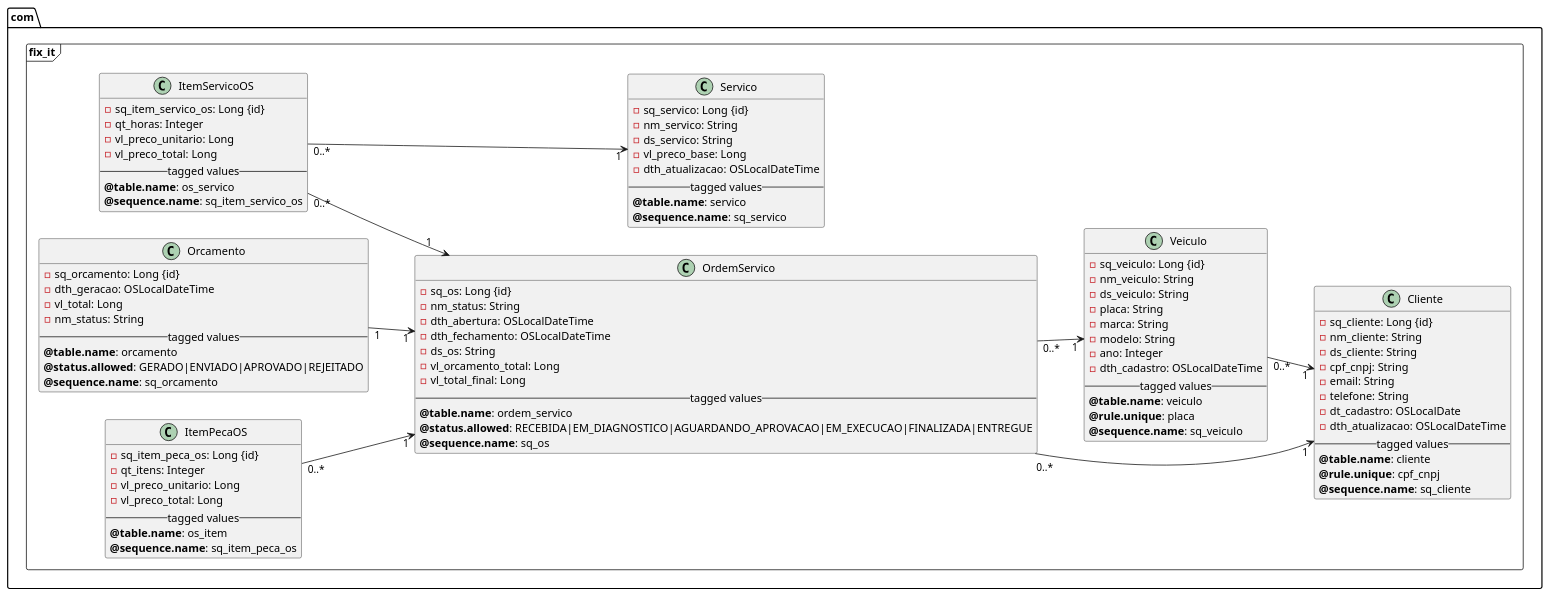
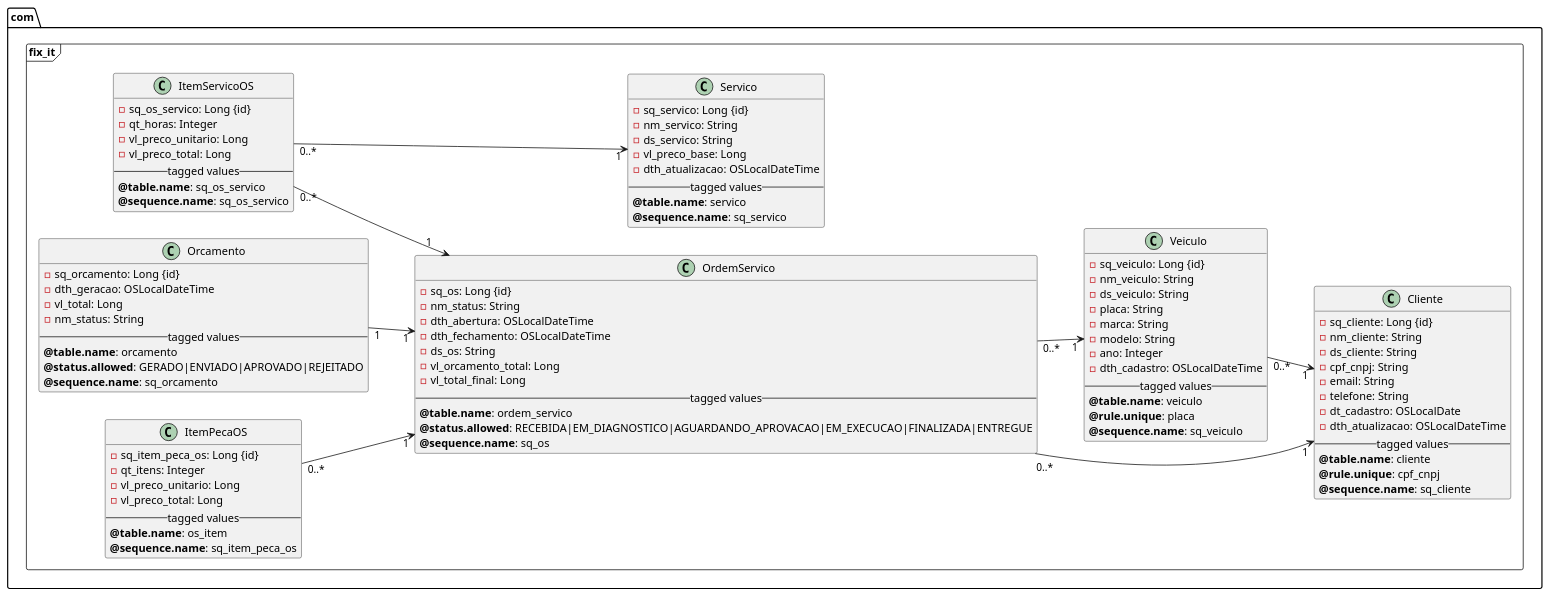
Before and after one commit to arch-software-fiap/fixit-backend: the diagram in docs/architecture/diagrams/plantuml/dominio-os.puml, drawn with PlantUML. The commit also changed 19 other files, not shown here.

```diff
--- a/docs/architecture/diagrams/plantuml/dominio-os.puml
+++ b/docs/architecture/diagrams/plantuml/dominio-os.puml
@@ -1,104 +1,104 @@
 @startuml diagram
 page 4x4
 skinparam defaultFontName Trebuchet MS
 left to right direction
 
 package "com.fix_it" <<Frame>> {
 
     class Cliente {
         - sq_cliente: Long {id}
         - nm_cliente: String
         - ds_cliente: String
         - cpf_cnpj: String
         - email: String
         - telefone: String
         - dt_cadastro: OSLocalDate
         - dth_atualizacao: OSLocalDateTime
         -- tagged values --
         <b>@table.name</b>: cliente
         <b>@rule.unique</b>: cpf_cnpj
         <b>@sequence.name</b>: sq_cliente
     }
 
     class Veiculo {
         - sq_veiculo: Long {id}
         - nm_veiculo: String
         - ds_veiculo: String
         - placa: String
         - marca: String
         - modelo: String
         - ano: Integer
         - dth_cadastro: OSLocalDateTime
         -- tagged values --
         <b>@table.name</b>: veiculo
         <b>@rule.unique</b>: placa
         <b>@sequence.name</b>: sq_veiculo
     }
 
     class OrdemServico {
         - sq_os: Long {id}
         - nm_status: String
         - dth_abertura: OSLocalDateTime
         - dth_fechamento: OSLocalDateTime
         - ds_os: String
         - vl_orcamento_total: Long
         - vl_total_final: Long
         -- tagged values --
         <b>@table.name</b>: ordem_servico
         <b>@status.allowed</b>: RECEBIDA|EM_DIAGNOSTICO|AGUARDANDO_APROVACAO|EM_EXECUCAO|FINALIZADA|ENTREGUE
         <b>@sequence.name</b>: sq_os
     }
 
     class Orcamento {
         - sq_orcamento: Long {id}
         - dth_geracao: OSLocalDateTime
         - vl_total: Long
         - nm_status: String
         -- tagged values --
         <b>@table.name</b>: orcamento
         <b>@status.allowed</b>: GERADO|ENVIADO|APROVADO|REJEITADO
         <b>@sequence.name</b>: sq_orcamento
     }
 
     class Servico {
         - sq_servico: Long {id}
         - nm_servico: String
         - ds_servico: String
         - vl_preco_base: Long
         - dth_atualizacao: OSLocalDateTime
         -- tagged values --
         <b>@table.name</b>: servico
         <b>@sequence.name</b>: sq_servico
     }
 
     class ItemServicoOS {
-        - sq_item_servico_os: Long {id}
+        - sq_os_servico: Long {id}
         - qt_horas: Integer
         - vl_preco_unitario: Long
         - vl_preco_total: Long
         -- tagged values --
-        <b>@table.name</b>: os_servico
-        <b>@sequence.name</b>: sq_item_servico_os
+        <b>@table.name</b>: sq_os_servico
+        <b>@sequence.name</b>: sq_os_servico
     }
 
     class ItemPecaOS {
         - sq_item_peca_os: Long {id}
         - qt_itens: Integer
         - vl_preco_unitario: Long
         - vl_preco_total: Long
         -- tagged values --
         <b>@table.name</b>: os_item
         <b>@sequence.name</b>: sq_item_peca_os
     }
 }
 
 ' ===== RELACIONAMENTOS =====
 Veiculo        "0..*" --> "1" Cliente
 OrdemServico   "0..*" --> "1" Cliente
 OrdemServico   "0..*" --> "1" Veiculo
 Orcamento      "1"    --> "1" OrdemServico
 ItemServicoOS  "0..*" --> "1" OrdemServico
 ItemServicoOS  "0..*" --> "1" Servico
 ItemPecaOS     "0..*" --> "1" OrdemServico
 
 @enduml
```
